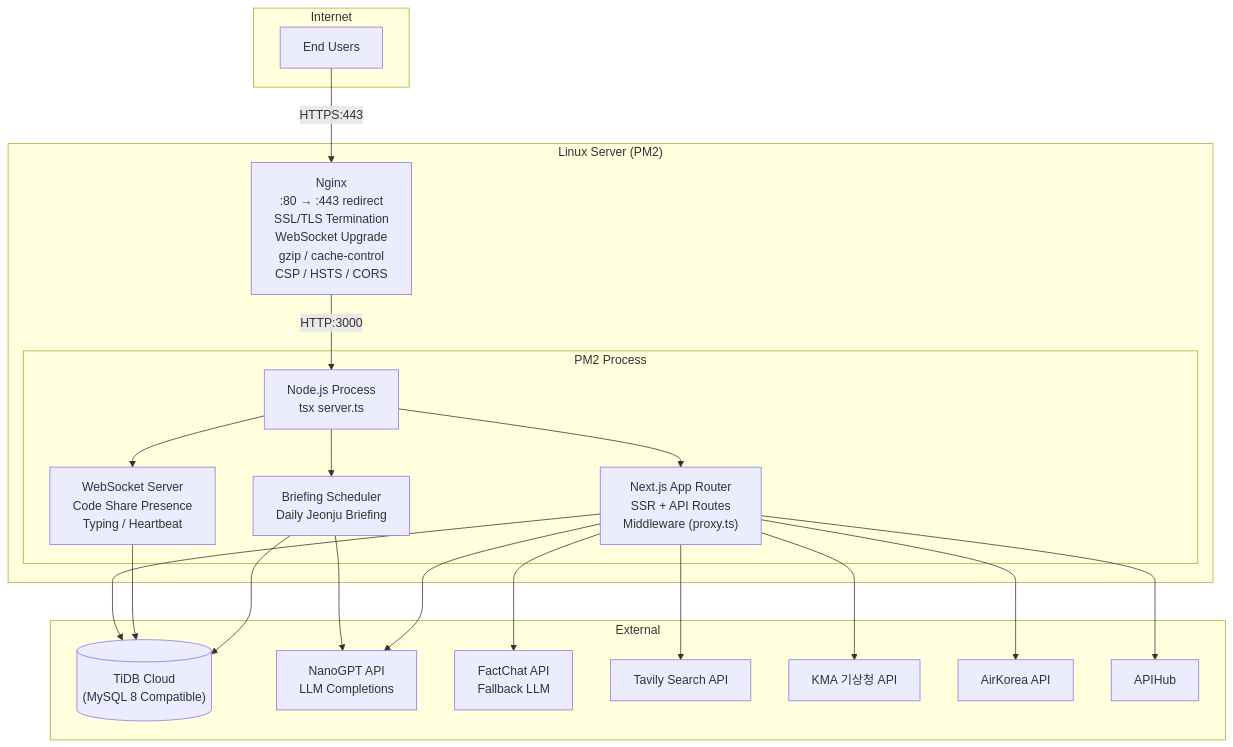
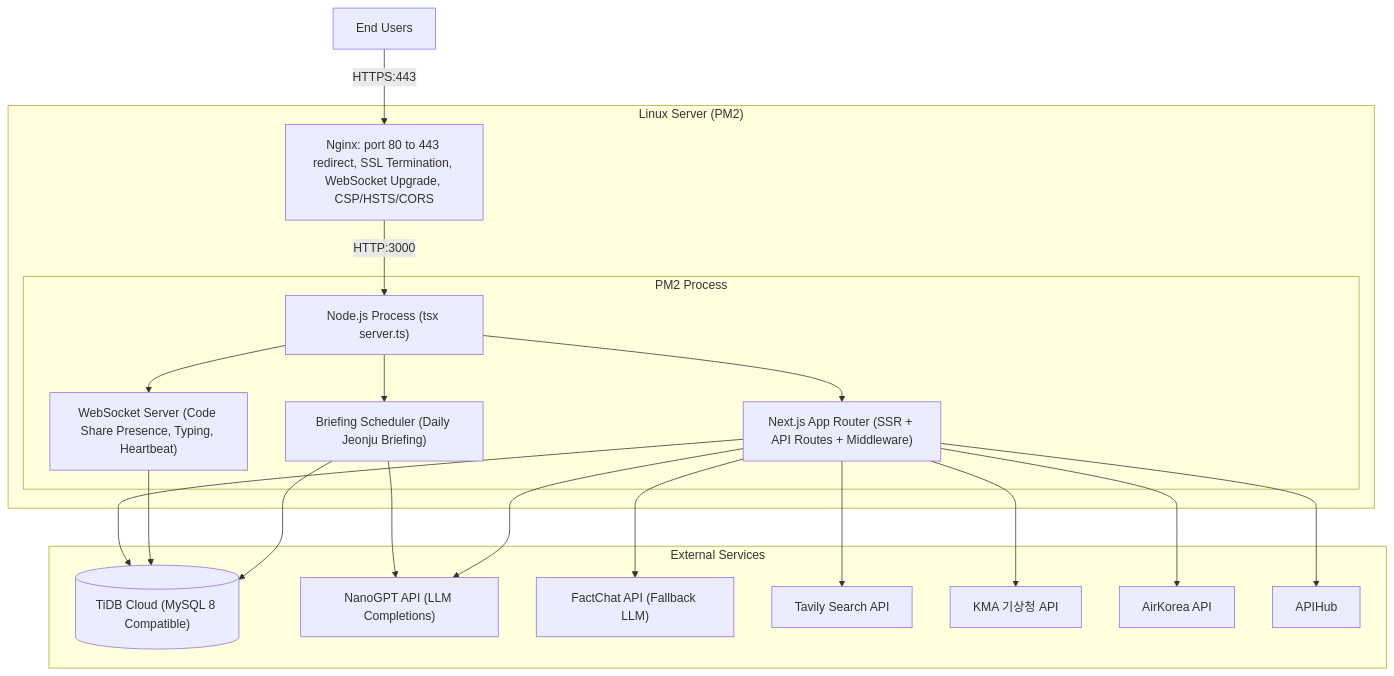
One commit to kim0040/Nadeulhae changed diagram 14 of 17 in docs/ARCHITECTURE_UML.md. Above: the diagram before and after it, drawn with Mermaid. The commit also changed other lines of this file, not shown here.

Commit message:
fix(docs): fix Mermaid syntax errors in UML diagrams (invalid types, special chars)

````diff
--- a/docs/ARCHITECTURE_UML.md
+++ b/docs/ARCHITECTURE_UML.md
@@ -1220,44 +1245,42 @@
 ```mermaid
 graph TB
-    subgraph "Internet"
-        USERS["End Users"]
-    end
+    USERS["End Users"]
 
-    subgraph "Linux Server (PM2)"
-        NGINX["Nginx<br/>:80 → :443 redirect<br/>SSL/TLS Termination<br/>WebSocket Upgrade<br/>gzip / cache-control<br/>CSP / HSTS / CORS"]
+    subgraph Server["Linux Server (PM2)"]
+        NGINX["Nginx: port 80 to 443 redirect, SSL Termination, WebSocket Upgrade, CSP/HSTS/CORS"]
 
-        subgraph "PM2 Process"
-            NODE["Node.js Process<br/>tsx server.ts"]
-            NEXT["Next.js App Router<br/>SSR + API Routes<br/>Middleware (proxy.ts)"]
-            WS["WebSocket Server<br/>Code Share Presence<br/>Typing / Heartbeat"]
-            SCHEDULER["Briefing Scheduler<br/>Daily Jeonju Briefing"]
+        subgraph PM2["PM2 Process"]
+            NODE["Node.js Process (tsx server.ts)"]
+            NEXT["Next.js App Router (SSR + API Routes + Middleware)"]
+            WS["WebSocket Server (Code Share Presence, Typing, Heartbeat)"]
+            SCHEDULER["Briefing Scheduler (Daily Jeonju Briefing)"]
             
             NODE --> NEXT
             NODE --> WS
             NODE --> SCHEDULER
         end
     end
 
-    subgraph "External"
-        DB[("TiDB Cloud<br/>(MySQL 8 Compatible)")]
-        NANOGPT_EXT["NanoGPT API<br/>LLM Completions"]
-        FACTCHAT_EXT["FactChat API<br/>Fallback LLM"]
+    subgraph External["External Services"]
+        DB[("TiDB Cloud (MySQL 8 Compatible)")]
+        NANOGPT_EXT["NanoGPT API (LLM Completions)"]
+        FACTCHAT_EXT["FactChat API (Fallback LLM)"]
         TAVILY_EXT["Tavily Search API"]
         KMA_EXT["KMA 기상청 API"]
         AIR_EXT["AirKorea API"]
         APIHUB_EXT["APIHub"]
     end
 
-    USERS -- HTTPS:443 --> NGINX
-    NGINX -- HTTP:3000 --> NODE
+    USERS -- "HTTPS:443" --> NGINX
+    NGINX -- "HTTP:3000" --> NODE
     NEXT --> DB
     WS --> DB
     SCHEDULER --> NANOGPT_EXT
     SCHEDULER --> DB
     NEXT --> NANOGPT_EXT
     NEXT --> FACTCHAT_EXT
     NEXT --> TAVILY_EXT
     NEXT --> KMA_EXT
     NEXT --> AIR_EXT
     NEXT --> APIHUB_EXT
 ```
````
